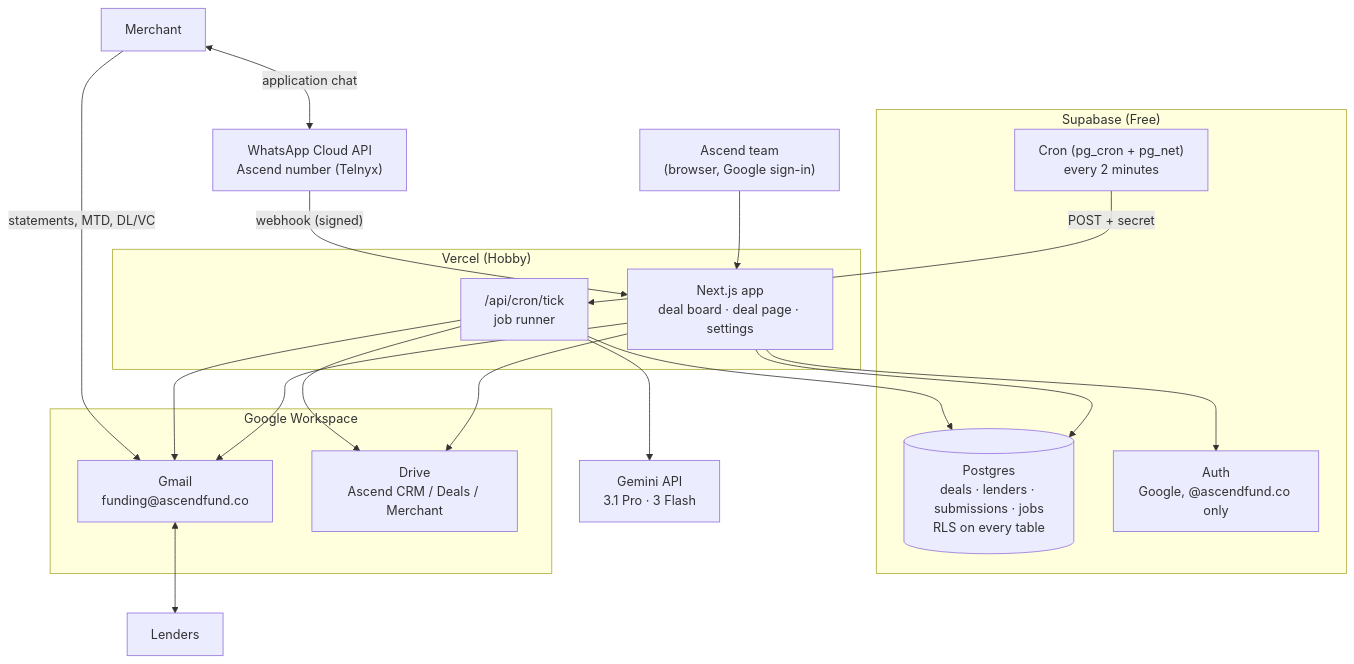
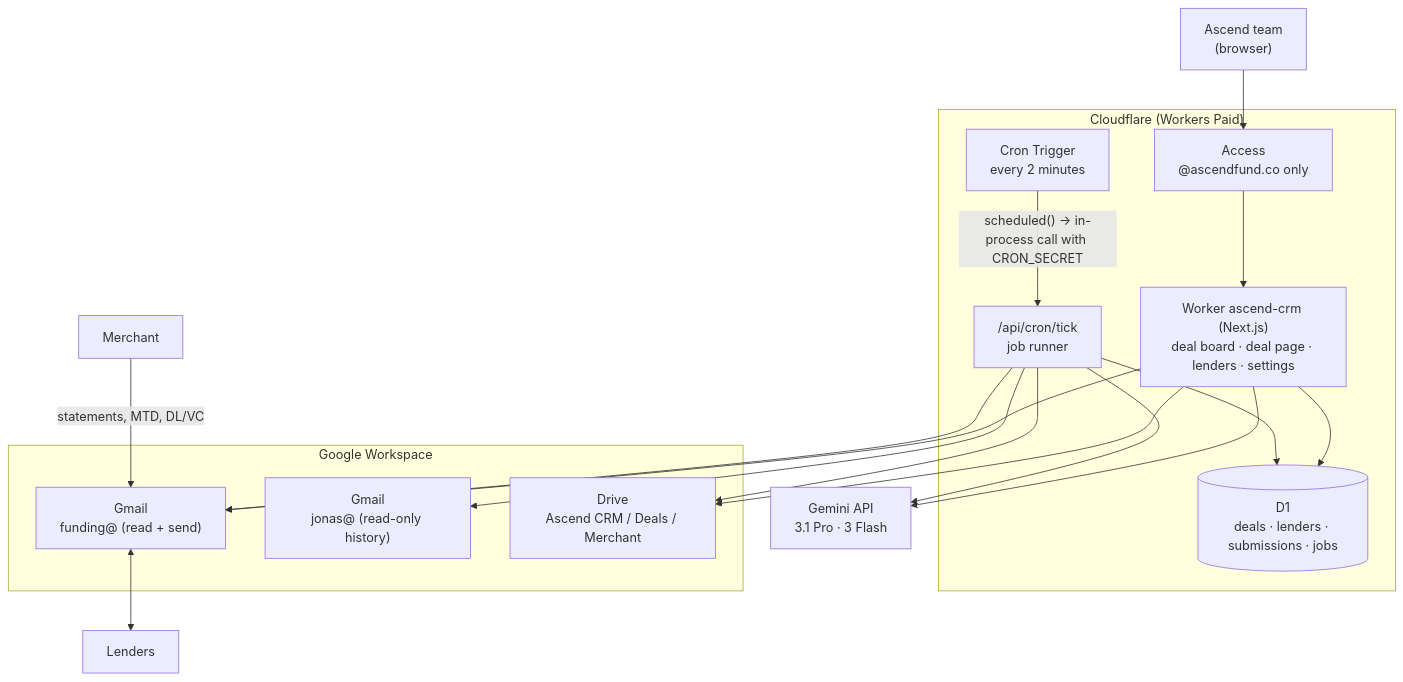
Before and after one commit to dewil95/tutos1: the first of 10 diagrams in docs/ARCHITECTURE.md, drawn with Mermaid. The commit also changed other lines of this file and 12 other files, not shown here.

First line of the commit message:
Go-live guide for Cloudflare; docs follow the new flows

````diff
--- a/docs/ARCHITECTURE.md
+++ b/docs/ARCHITECTURE.md
@@ -10,38 +11,33 @@
 ```mermaid
 flowchart TB
-  team["Ascend team<br/>(browser, Google sign-in)"]
+  team["Ascend team<br/>(browser)"]
 
-  subgraph vercel["Vercel (Hobby)"]
-    app["Next.js app<br/>deal board · deal page · settings"]
+  subgraph cf["Cloudflare (Workers Paid)"]
+    access["Access<br/>@ascendfund.co only"]
+    app["Worker ascend-crm (Next.js)<br/>deal board · deal page · lenders · settings"]
+    cron["Cron Trigger<br/>every 2 minutes"]
     tick["/api/cron/tick<br/>job runner"]
-  end
-
-  subgraph supa["Supabase (Free)"]
-    db[("Postgres<br/>deals · lenders · submissions · jobs<br/>RLS on every table")]
-    auth["Auth<br/>Google, @ascendfund.co only"]
-    cron["Cron (pg_cron + pg_net)<br/>every 2 minutes"]
+    db[("D1<br/>deals · lenders · submissions · jobs")]
   end
 
   subgraph google["Google Workspace"]
-    gmail["Gmail<br/>funding@ascendfund.co"]
+    gmail["Gmail<br/>funding@ (read + send)"]
+    hist["Gmail<br/>jonas@ (read-only history)"]
     drive["Drive<br/>Ascend CRM / Deals / Merchant"]
   end
 
   gemini["Gemini API<br/>3.1 Pro · 3 Flash"]
-  wa["WhatsApp Cloud API<br/>Ascend number (Telnyx)"]
   lenders["Lenders"]
   merchant["Merchant"]
 
-  team --> app
-  app --> auth
+  team --> access --> app
   app --> db
-  cron -- "POST + secret" --> tick
+  cron -- "scheduled() → in-process call with CRON_SECRET" --> tick
   tick --> db
   app & tick --> gmail
+  tick --> hist
   app & tick --> drive
-  tick --> gemini
+  app & tick --> gemini
   gmail <--> lenders
   merchant -- "statements, MTD, DL/VC" --> gmail
-  merchant <-- "application chat" --> wa
-  wa -- "webhook (signed)" --> app
 ```
````
